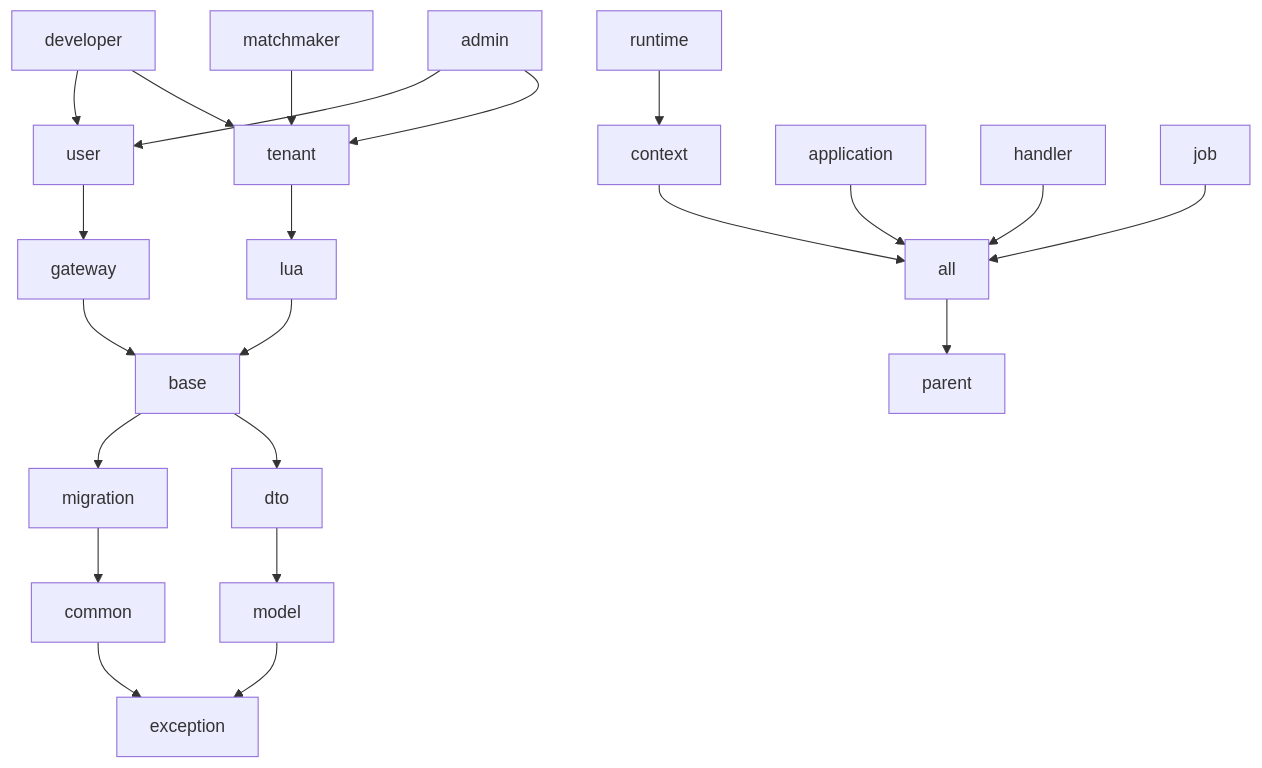
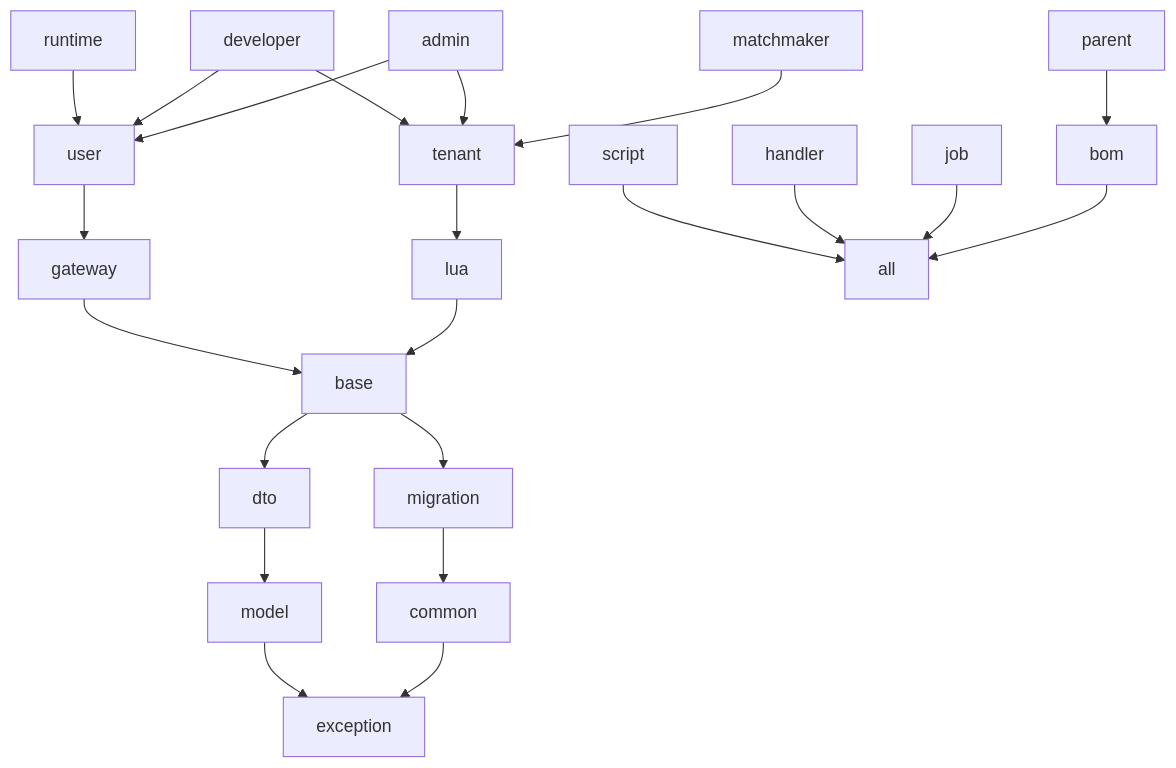
One commit to OMGSERVERS/omgservers changed the diagram in omgservers-documentation/ModuleRelations.md. Above: the diagram before and after it, drawn with Mermaid. The commit also changed other lines of this file and 42 other files, not shown here.

````diff
--- a/omgservers-documentation/ModuleRelations.md
+++ b/omgservers-documentation/ModuleRelations.md
@@ -3,24 +3,24 @@
 ```mermaid
 graph TD;
 model --> exception
 dto --> model;
 common --> exception;
 migration --> common;
 base --> migration;
 base --> dto;
 gateway --> base;
 user --> gateway;
 tenant --> lua;
 lua --> base;
-runtime --> context;
-matchmaker --> tenant;
+runtime --> user;
 developer --> user;
 developer --> tenant;
 admin --> user;
 admin --> tenant;
-application --> all;
-context --> all;
+matchmaker --> tenant;
+script --> all;
 handler --> all;
 job --> all;
-all --> parent;
+parent --> bom;
+bom --> all
 ```
````
